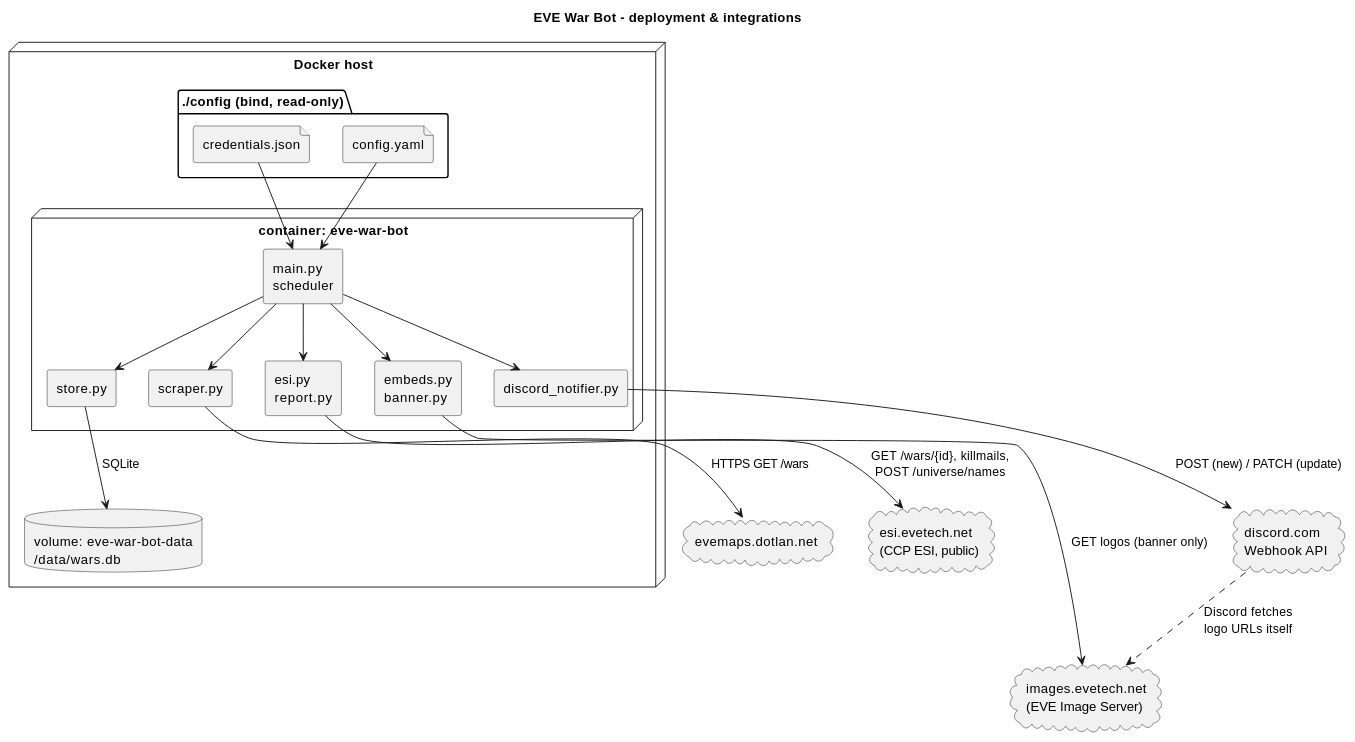
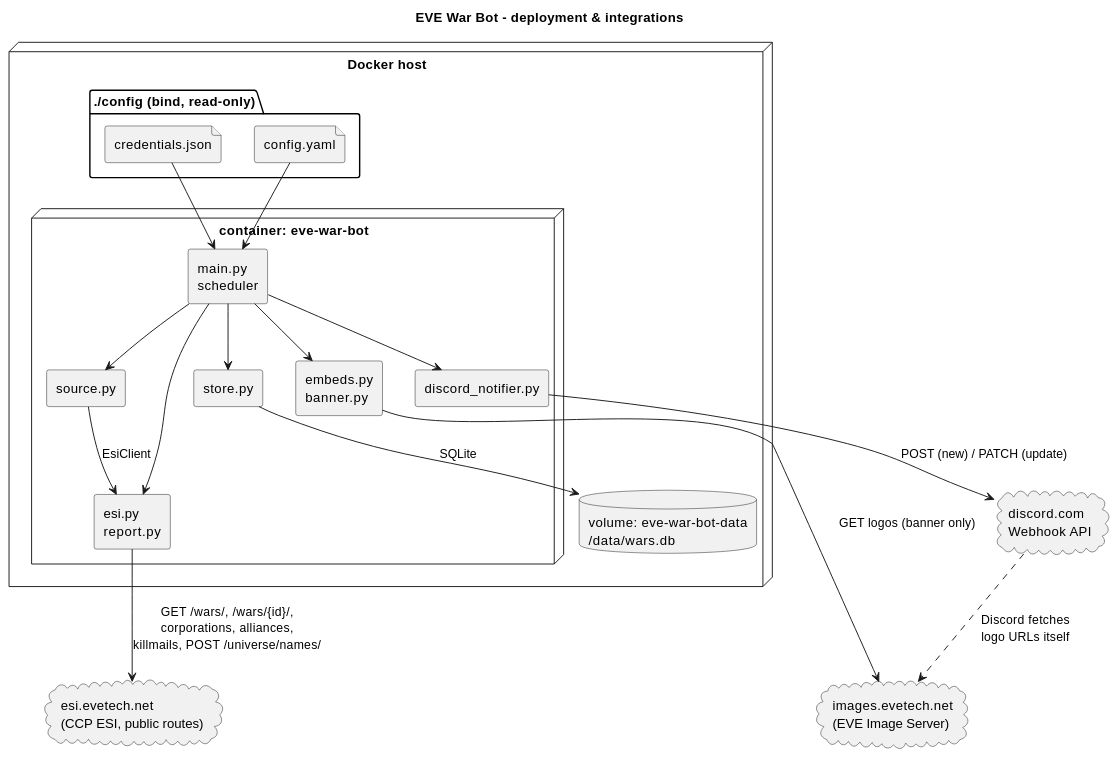
The first of 5 diagrams in README.md (Headruner/eve-war-bot), drawn with PlantUML before and after one commit. The commit also changed other lines of this file and 59 other files, not shown here.

Commit message:
2.0.0: wars from CCP ESI instead of DOTLAN

````diff
--- a/README.md
+++ b/README.md
@@ -111,40 +111,39 @@
 ```plantuml
 @startuml
 title EVE War Bot - deployment & integrations
 skinparam componentStyle rectangle
 
 node "Docker host" {
   folder "./config (bind, read-only)" {
     file "credentials.json" as CR
     file "config.yaml" as CF
   }
   node "container: eve-war-bot" {
     component "main.py\nscheduler" as M
-    component "scraper.py" as S
+    component "source.py" as S
     component "esi.py\nreport.py" as R
     component "store.py" as ST
     component "embeds.py\nbanner.py" as E
     component "discord_notifier.py" as N
   }
   database "volume: eve-war-bot-data\n/data/wars.db" as DB
 }
-cloud "evemaps.dotlan.net" as DOT
-cloud "esi.evetech.net\n(CCP ESI, public)" as ESI
+cloud "esi.evetech.net\n(CCP ESI, public routes)" as ESI
 cloud "images.evetech.net\n(EVE Image Server)" as IMG
 cloud "discord.com\nWebhook API" as DIS
 
 CR --> M
 CF --> M
 M --> S
-S --> DOT : HTTPS GET /wars
+S --> R : EsiClient
 M --> R
-R --> ESI : GET /wars/{id}, killmails,\nPOST /universe/names
+R --> ESI : GET /wars/, /wars/{id}/,\ncorporations, alliances,\nkillmails, POST /universe/names/
 M --> ST
 ST --> DB : SQLite
 M --> E
 E --> IMG : GET logos (banner only)
 M --> N
 N --> DIS : POST (new) / PATCH (update)
 DIS ..> IMG : Discord fetches\nlogo URLs itself
 @enduml
 ```
````
